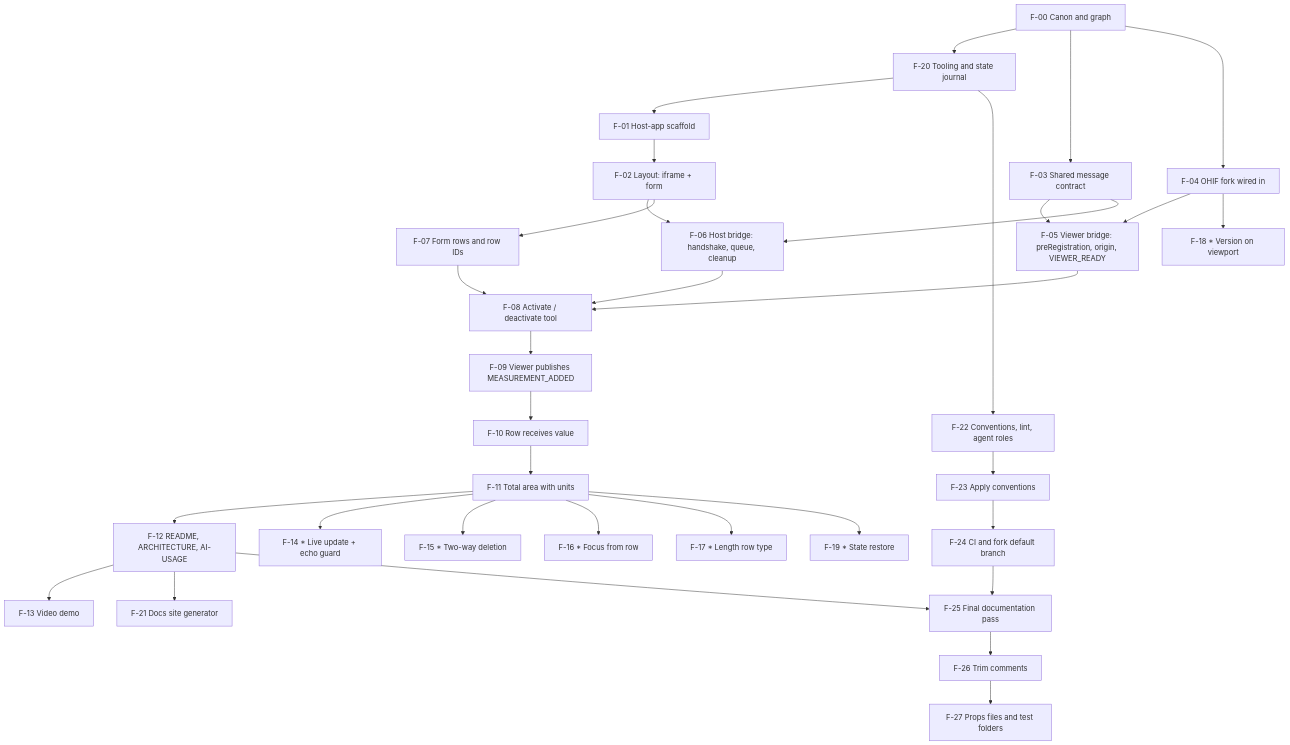
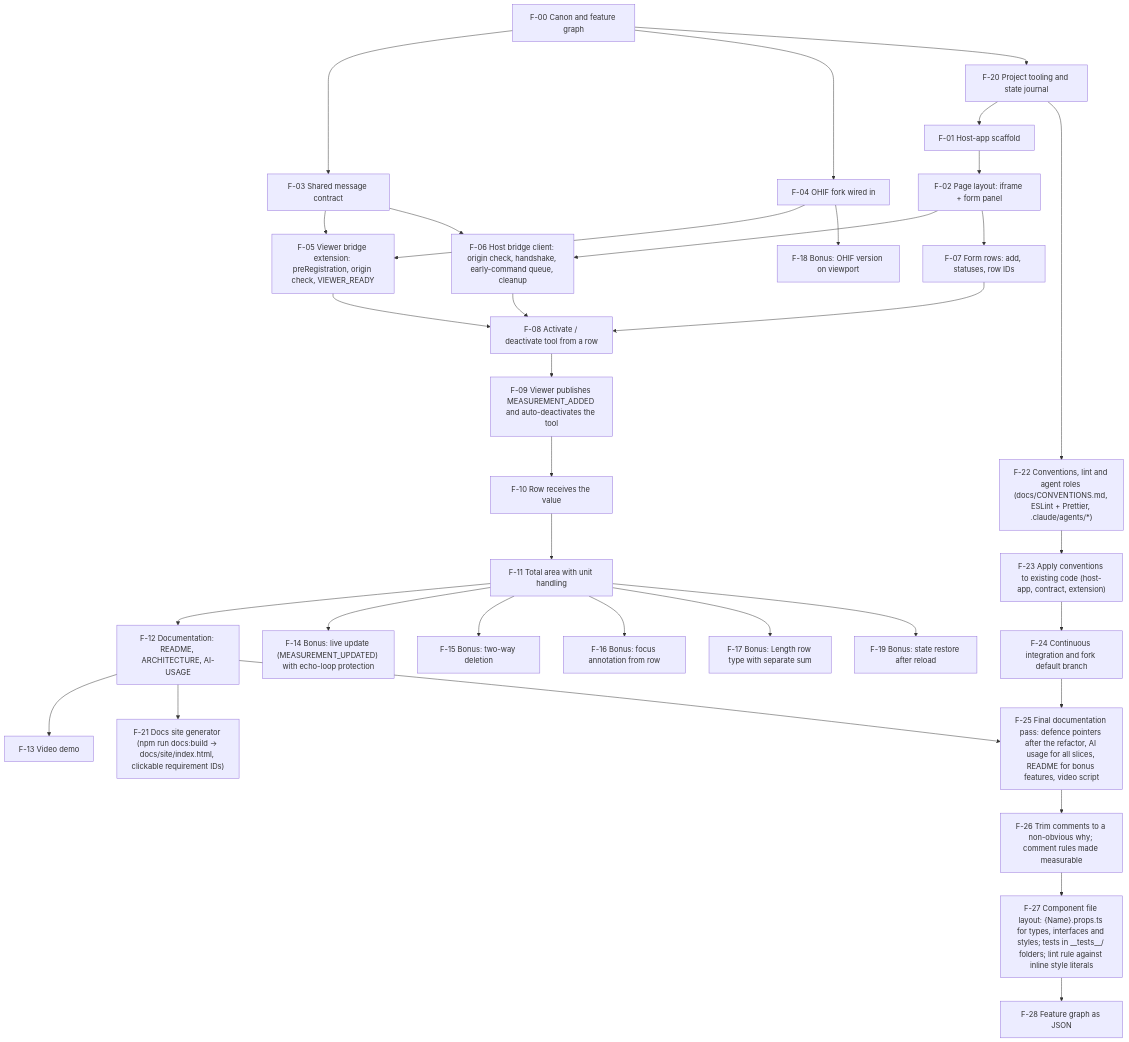
One commit to bdiadiun/artifact-synchronization changed the diagram in docs/FEATURE-GRAPH.md. Above: the diagram before and after it, drawn with Mermaid. The commit also changed other lines of this file and 9 other files, not shown here.

First line of the commit message:
docs: feature graph as JSON

````diff
--- a/docs/FEATURE-GRAPH.md
+++ b/docs/FEATURE-GRAPH.md
@@ -71,53 +86,66 @@
 ```mermaid
 graph TD
-  F00[F-00 Canon and graph]
-  F20[F-20 Tooling and state journal]
-  F01[F-01 Host-app scaffold]
-  F02[F-02 Layout: iframe + form]
-  F03[F-03 Shared message contract]
-  F04[F-04 OHIF fork wired in]
-  F05[F-05 Viewer bridge: preRegistration, origin, VIEWER_READY]
-  F06[F-06 Host bridge: handshake, queue, cleanup]
-  F07[F-07 Form rows and row IDs]
-  F08[F-08 Activate / deactivate tool]
-  F09[F-09 Viewer publishes MEASUREMENT_ADDED]
-  F10[F-10 Row receives value]
-  F11[F-11 Total area with units]
-  F12[F-12 README, ARCHITECTURE, AI-USAGE]
-  F21[F-21 Docs site generator]
-  F22[F-22 Conventions, lint, agent roles]
-  F23[F-23 Apply conventions]
-  F24[F-24 CI and fork default branch]
-  F25[F-25 Final documentation pass]
-  F26[F-26 Trim comments]
-  F27[F-27 Props files and test folders]
-  F13[F-13 Video demo]
-  F14[F-14 * Live update + echo guard]
-  F15[F-15 * Two-way deletion]
-  F16[F-16 * Focus from row]
-  F17[F-17 * Length row type]
-  F18[F-18 * Version on viewport]
-  F19[F-19 * State restore]
+  F00["F-00 Canon and feature graph"]
+  F01["F-01 Host-app scaffold"]
+  F02["F-02 Page layout: iframe + form panel"]
+  F03["F-03 Shared message contract"]
+  F04["F-04 OHIF fork wired in"]
+  F05["F-05 Viewer bridge extension: preRegistration, origin check, VIEWER_READY"]
+  F06["F-06 Host bridge client: origin check, handshake, early-command queue, cleanup"]
+  F07["F-07 Form rows: add, statuses, row IDs"]
+  F08["F-08 Activate / deactivate tool from a row"]
+  F09["F-09 Viewer publishes MEASUREMENT_ADDED and auto-deactivates the tool"]
+  F10["F-10 Row receives the value"]
+  F11["F-11 Total area with unit handling"]
+  F12["F-12 Documentation: README, ARCHITECTURE, AI-USAGE"]
+  F13["F-13 Video demo"]
+  F14["F-14 Bonus: live update (MEASUREMENT_UPDATED) with echo-loop protection"]
+  F15["F-15 Bonus: two-way deletion"]
+  F16["F-16 Bonus: focus annotation from row"]
+  F17["F-17 Bonus: Length row type with separate sum"]
+  F18["F-18 Bonus: OHIF version on viewport"]
+  F19["F-19 Bonus: state restore after reload"]
+  F20["F-20 Project tooling and state journal"]
+  F21["F-21 Docs site generator (npm run docs:build → docs/site/index.html, clickable requirement IDs)"]
+  F22["F-22 Conventions, lint and agent roles (docs/CONVENTIONS.md, ESLint + Prettier, .claude/agents/*)"]
+  F23["F-23 Apply conventions to existing code (host-app, contract, extension)"]
+  F24["F-24 Continuous integration and fork default branch"]
+  F25["F-25 Final documentation pass: defence pointers after the refactor, AI usage for all slices, README for bonus features, video script"]
+  F26["F-26 Trim comments to a non-obvious why; comment rules made measurable"]
+  F27["F-27 Component file layout: {Name}.props.ts for types, interfaces and styles; tests in __tests__/ folders; lint rule against inline style literals"]
+  F28["F-28 Feature graph as JSON"]
 
-  F00 --> F20 --> F01 --> F02
+  F20 --> F01
+  F01 --> F02
   F00 --> F03
   F00 --> F04
   F03 --> F05
   F04 --> F05
   F02 --> F06
   F03 --> F06
   F02 --> F07
   F05 --> F08
   F06 --> F08
   F07 --> F08
-  F08 --> F09 --> F10 --> F11 --> F12 --> F13
-  F12 --> F21
-  F20 --> F22 --> F23 --> F24 --> F25 --> F26 --> F27
-  F12 --> F25
+  F08 --> F09
+  F09 --> F10
+  F10 --> F11
+  F11 --> F12
+  F12 --> F13
   F11 --> F14
   F11 --> F15
   F11 --> F16
   F11 --> F17
   F04 --> F18
   F11 --> F19
+  F00 --> F20
+  F12 --> F21
+  F20 --> F22
+  F22 --> F23
+  F23 --> F24
+  F12 --> F25
+  F24 --> F25
+  F25 --> F26
+  F26 --> F27
+  F27 --> F28
 ```
````
